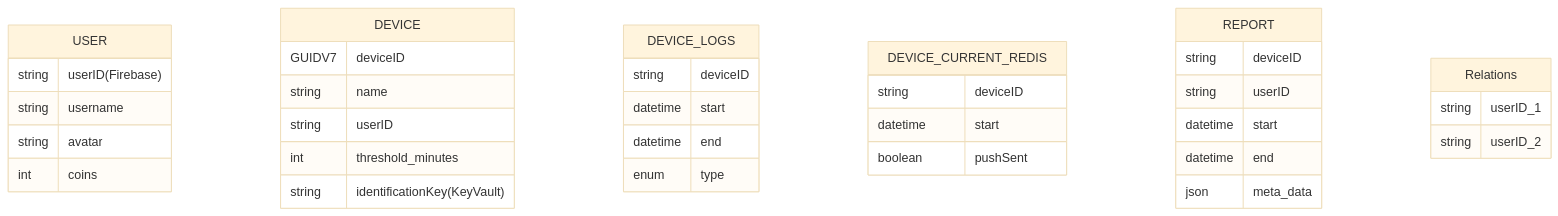
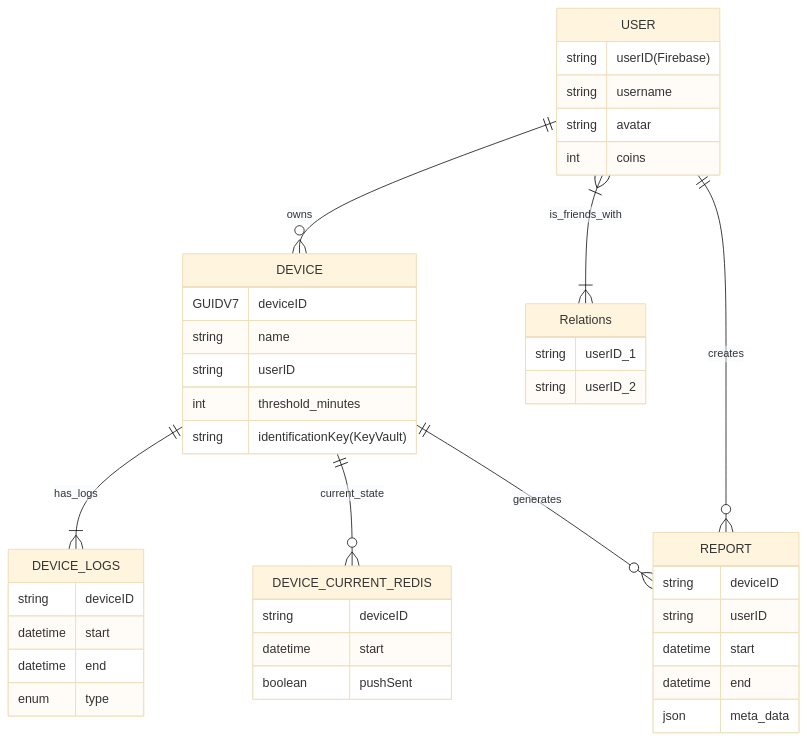
One commit to Back-Buddy/Backend changed the diagram in README.md. Above: the diagram before and after it, drawn with Mermaid (base theme).

Commit message:
fix: add directed edges to ERD

````diff
--- a/README.md
+++ b/README.md
@@ -64,43 +64,51 @@
 ```mermaid
    erDiagram
     USER {
         string userID(Firebase)
         string username
         string avatar
         int coins
     }
 
     DEVICE {
         GUIDV7 deviceID
         string name
         string userID
         int threshold_minutes
         string identificationKey(KeyVault)
     }
 
     DEVICE_LOGS {
         string deviceID
         datetime start
         datetime end
         enum type
     }
 
     DEVICE_CURRENT_REDIS {
         string deviceID
         datetime start
         boolean pushSent
     }
 
     REPORT {
         string deviceID
         string userID
         datetime start
         datetime end
         json meta_data
     }
 
     Relations {
         string userID_1
         string userID_2
     }
+
+    %% Beziehungen %%
+    USER  ||--o{  DEVICE                : owns
+    DEVICE||--|{  DEVICE_LOGS           : has_logs
+    DEVICE||--o{  DEVICE_CURRENT_REDIS  : current_state
+    DEVICE||--o{  REPORT                : generates
+    USER  ||--o{  REPORT                : creates
+    USER  }|--|{  Relations             : is_friends_with
 ```
````
